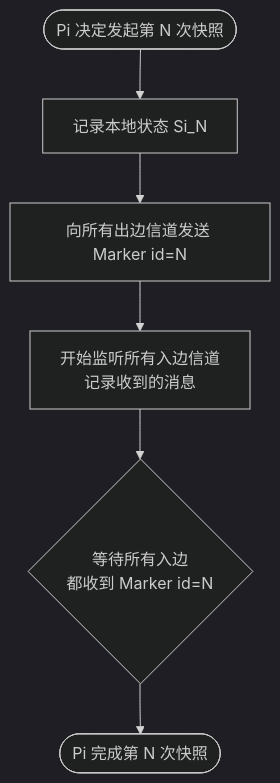
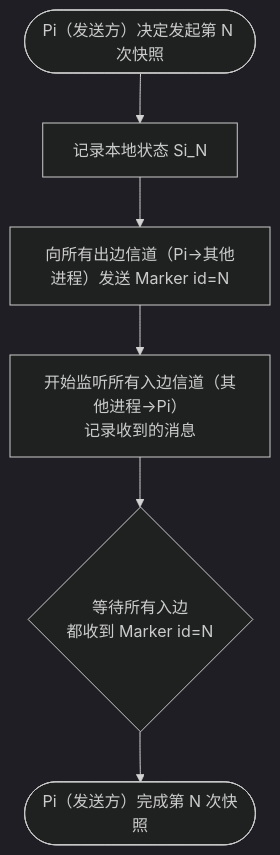
The first of 5 diagrams in part3-java-deep/A9-Chandy-Lamport分布式快照算法.md (LiPingjiang/Full-Stack-Knowledge-Book), drawn with Mermaid (dark theme) before and after one commit. The commit also changed other lines of this file, not shown here.

First line of the commit message:
docs: A9-Chandy-Lamport §2.3/§4 统一标注 Pi 发送方 / Pj 接收方

````diff
--- a/part3-java-deep/A9-Chandy-Lamport分布式快照算法.md
+++ b/part3-java-deep/A9-Chandy-Lamport分布式快照算法.md
@@ -236,8 +238,8 @@
 ```mermaid
 flowchart TD
-    A([Pi 决定发起第 N 次快照]) --> B[记录本地状态 Si_N]
-    B --> C[向所有出边信道发送 Marker id=N]
-    C --> D[开始监听所有入边信道\n记录收到的消息]
+    A(["Pi（发送方）决定发起第 N 次快照"]) --> B[记录本地状态 Si_N]
+    B --> C["向所有出边信道（Pi→其他进程）发送 Marker id=N"]
+    C --> D["开始监听所有入边信道（其他进程→Pi）\n记录收到的消息"]
     D --> E{等待所有入边\n都收到 Marker id=N}
-    E --> F([Pi 完成第 N 次快照])
+    E --> F(["Pi（发送方）完成第 N 次快照"])
 ```
````
